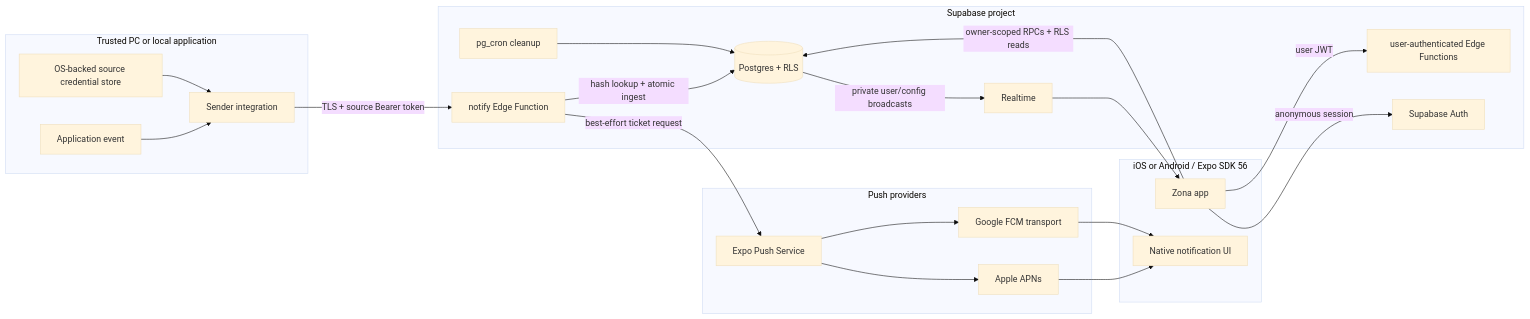
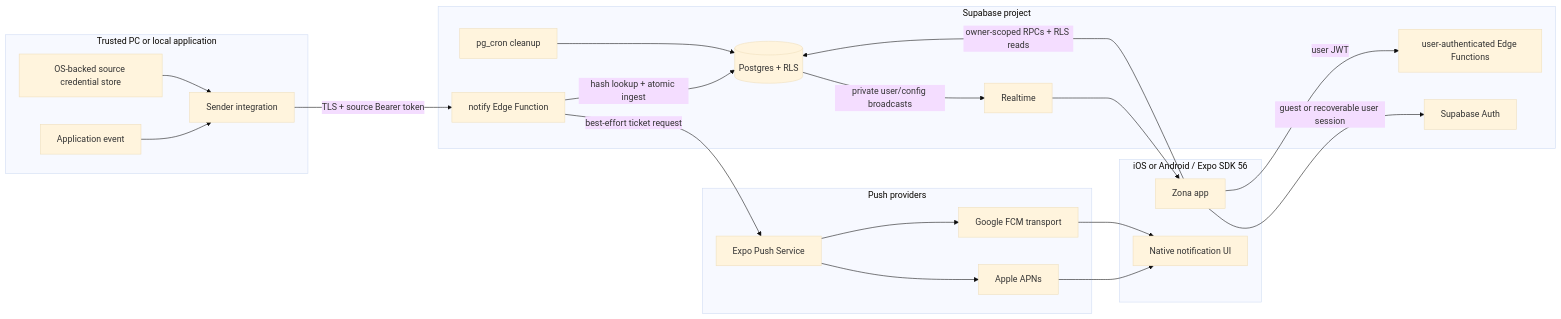
The diagram in docs/ARCHITECTURE.md (terri-yaki/zona), drawn with Mermaid (base theme) before and after one commit. The commit also changed other lines of this file and 10 other files, not shown here.

Commit message:
docs: design recoverable account architecture

````diff
--- a/docs/ARCHITECTURE.md
+++ b/docs/ARCHITECTURE.md
@@ -9,37 +9,37 @@
 ```mermaid
 flowchart LR
   subgraph Sender["Trusted PC or local application"]
     A["Application event"] --> B["Sender integration"]
     K["OS-backed source credential store"] --> B
   end
 
   subgraph Supabase["Supabase project"]
     N["notify Edge Function"]
     U["user-authenticated Edge Functions"]
     DB[("Postgres + RLS")]
     AUTH["Supabase Auth"]
     RT["Realtime"]
     CRON["pg_cron cleanup"]
   end
 
   subgraph Push["Push providers"]
     EXPO["Expo Push Service"] --> APNS["Apple APNs"]
     EXPO --> FCM["Google FCM transport"]
   end
 
   subgraph Phone["iOS or Android / Expo SDK 56"]
     APP["Zona app"]
     NATIVE["Native notification UI"]
   end
 
   B -->|"TLS + source Bearer token"| N
   N -->|"hash lookup + atomic ingest"| DB
   N -->|"best-effort ticket request"| EXPO
   APNS --> NATIVE
   FCM --> NATIVE
-  APP -->|"anonymous session"| AUTH
+  APP -->|"guest or recoverable user session"| AUTH
   APP -->|"user JWT"| U
   APP -->|"owner-scoped RPCs + RLS reads"| DB
   DB -->|"private user/config broadcasts"| RT --> APP
   CRON --> DB
 ```
````
